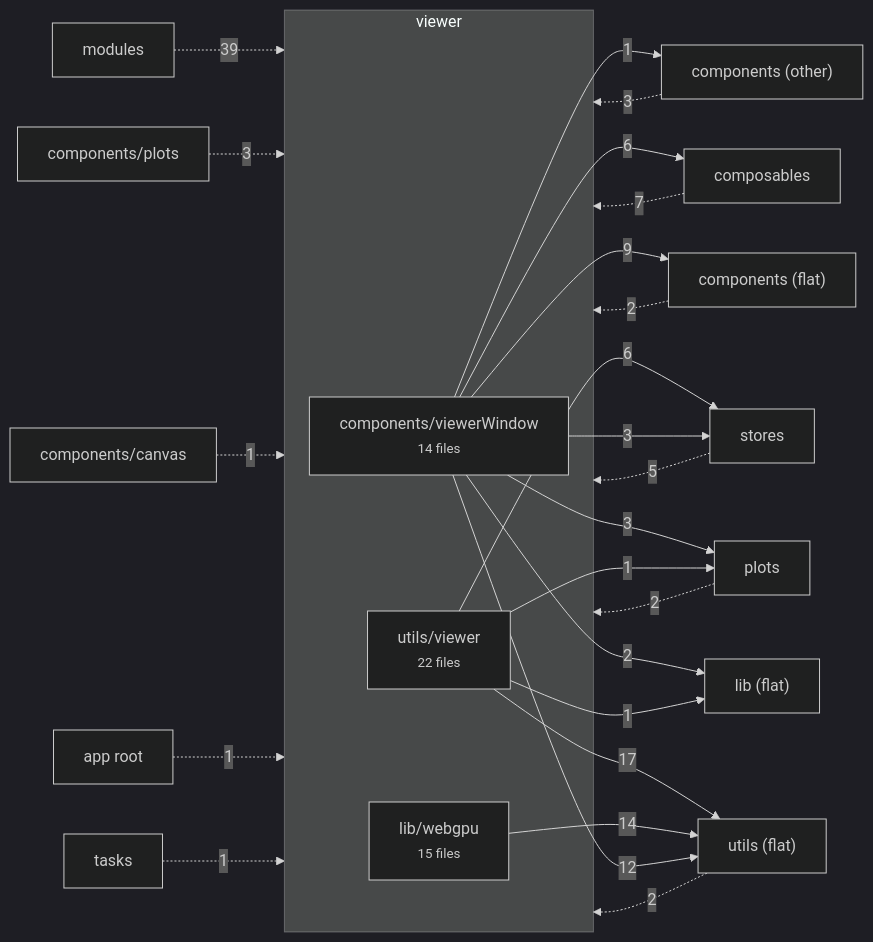
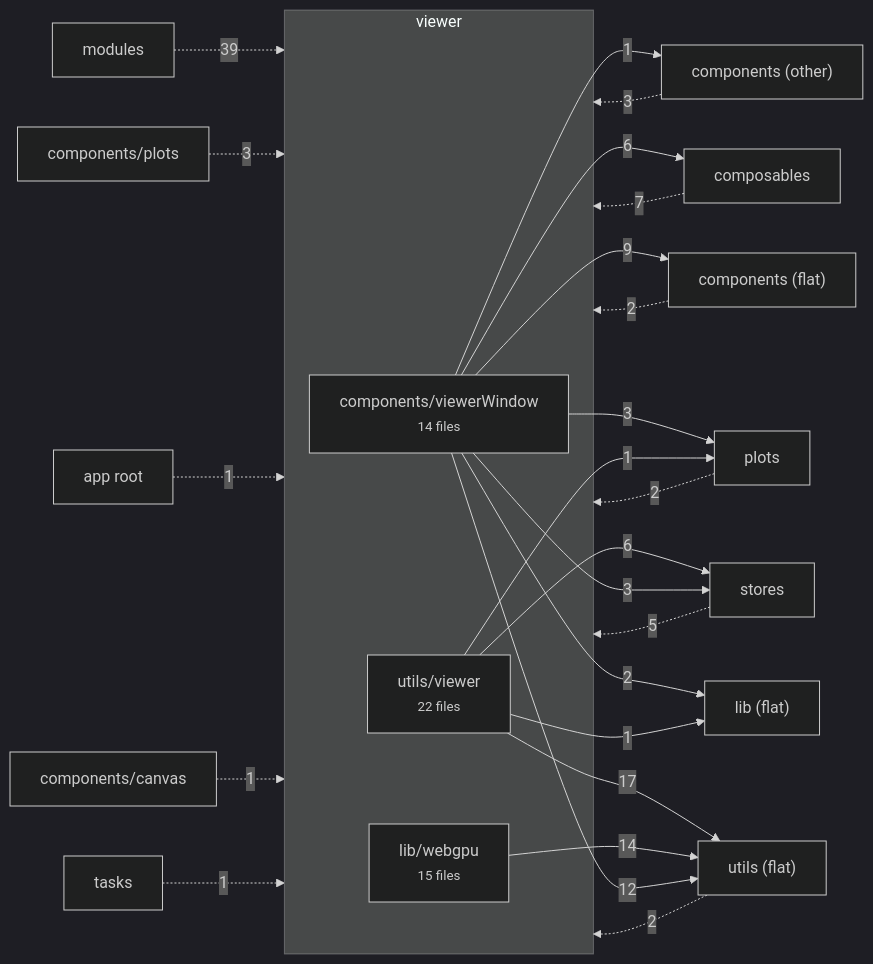
One commit to schienstockd/cecelia changed the diagram in docs/architecture/vue/viewer.md. Above: the diagram before and after it, drawn with Mermaid (dark theme). The commit also changed other lines of this file and 28 other files, not shown here.

````diff
--- a/docs/architecture/vue/viewer.md
+++ b/docs/architecture/vue/viewer.md
@@ -9,31 +9,31 @@
 ```mermaid
 flowchart LR
   subgraph V["viewer"]
     components_viewerWindow["components/viewerWindow<br/><small>14 files</small>"]
     lib_webgpu["lib/webgpu<br/><small>15 files</small>"]
     utils_viewer["utils/viewer<br/><small>22 files</small>"]
   end
   utils_viewer -->|17| utils__flat_["utils (flat)"]
   lib_webgpu -->|14| utils__flat_["utils (flat)"]
   components_viewerWindow -->|12| utils__flat_["utils (flat)"]
   components_viewerWindow -->|9| components__flat_["components (flat)"]
   components_viewerWindow -->|6| composables["composables"]
   utils_viewer -->|6| stores["stores"]
   components_viewerWindow -->|3| plots["plots"]
   components_viewerWindow -->|3| stores["stores"]
   components_viewerWindow -->|2| lib__flat_["lib (flat)"]
   components_viewerWindow -->|1| components__other_["components (other)"]
+  utils_viewer -->|1| lib__flat_["lib (flat)"]
   utils_viewer -->|1| plots["plots"]
-  utils_viewer -->|1| lib__flat_["lib (flat)"]
   modules["modules"] -.->|39| V
   composables["composables"] -.->|7| V
   stores["stores"] -.->|5| V
   components__other_["components (other)"] -.->|3| V
   components_plots["components/plots"] -.->|3| V
   components__flat_["components (flat)"] -.->|2| V
   plots["plots"] -.->|2| V
   utils__flat_["utils (flat)"] -.->|2| V
+  app_root["app root"] -.->|1| V
   components_canvas["components/canvas"] -.->|1| V
-  app_root["app root"] -.->|1| V
   tasks["tasks"] -.->|1| V
 ```
````
